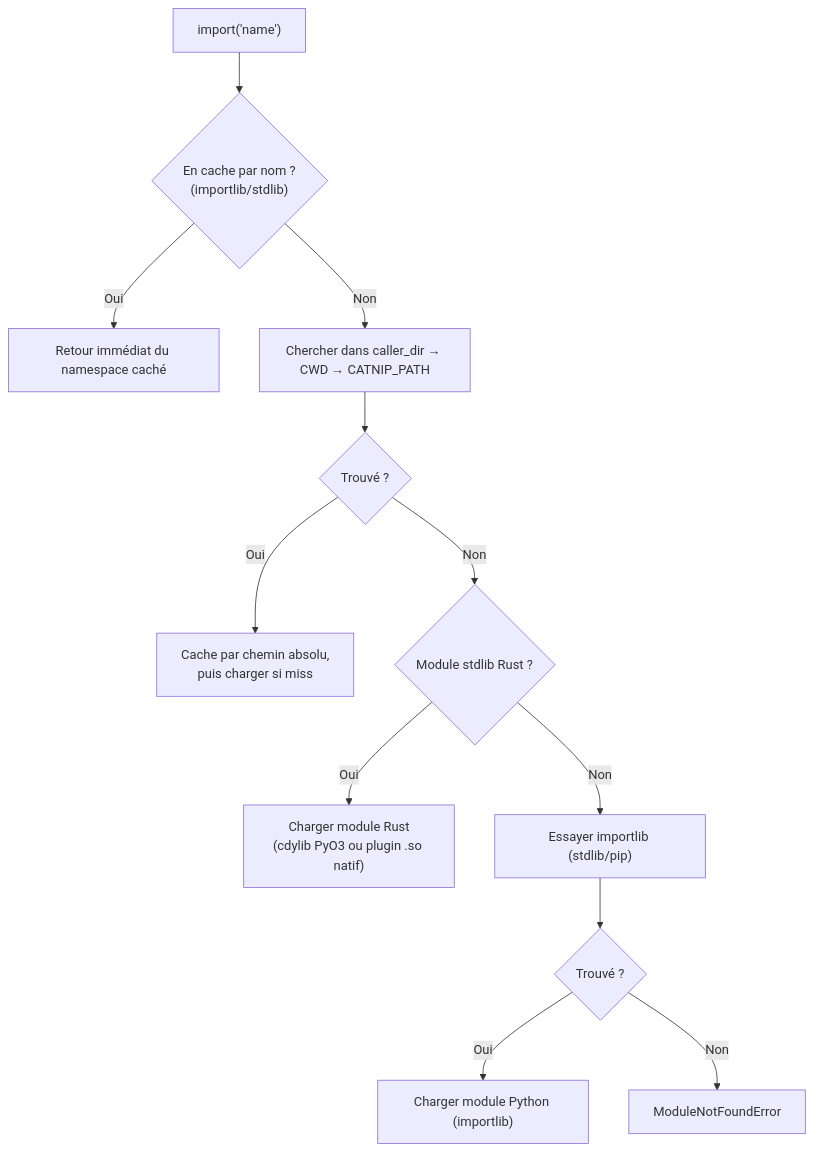
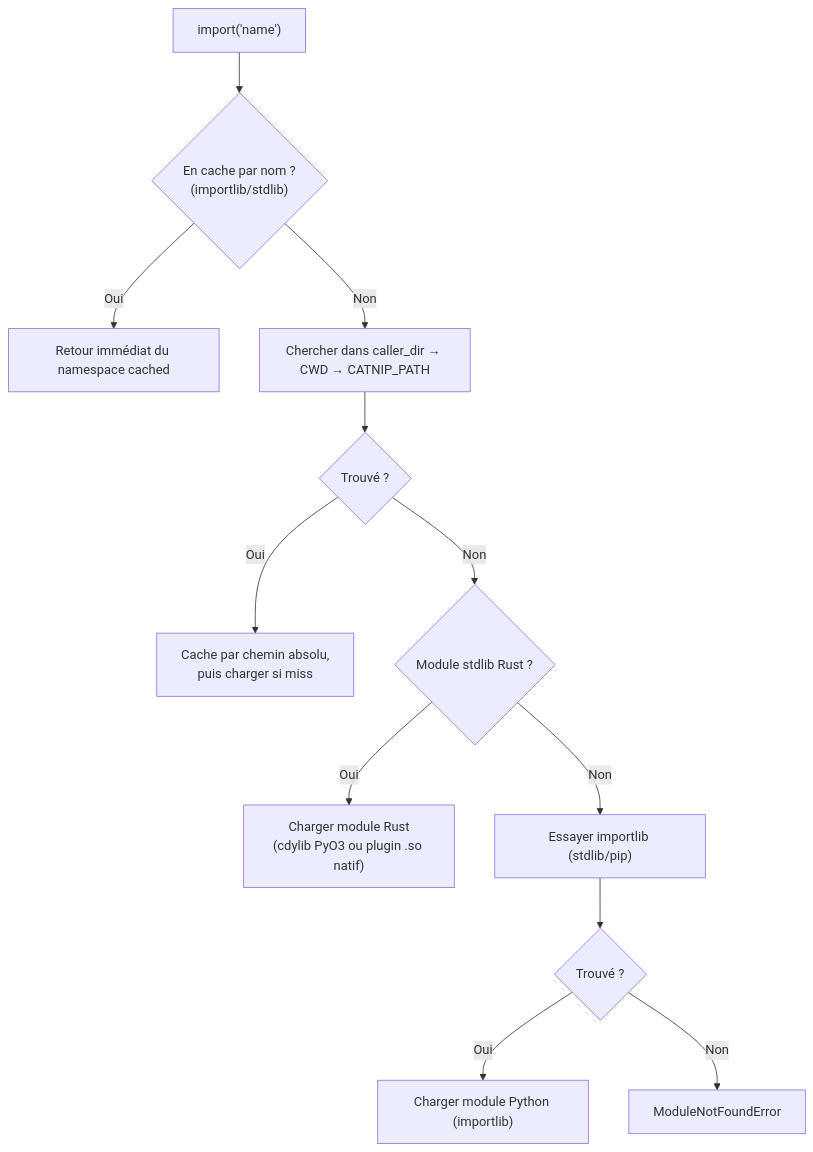
Before and after one commit to aristofor/catnip: the first of 2 diagrams in docs/user/MODULE_LOADING.md, drawn with Mermaid. The commit also changed other lines of this file and 186 other files, not shown here.

````diff
--- a/docs/user/MODULE_LOADING.md
+++ b/docs/user/MODULE_LOADING.md
@@ -81,14 +81,14 @@
 ```mermaid
 flowchart TD
     A["import('name')"] --> B{"En cache par nom ?<br/>(importlib/stdlib)"}
-    B -->|Oui| C["Retour immédiat du namespace caché"]
+    B -->|Oui| C["Retour immédiat du namespace cached"]
     B -->|Non| D["Chercher dans caller_dir → CWD → CATNIP_PATH"]
     D --> E{"Trouvé ?"}
     E -->|Oui| F["Cache par chemin absolu,<br/>puis charger si miss"]
     E -->|Non| B2{"Module stdlib Rust ?"}
     B2 -->|Oui| B3["Charger module Rust<br/>(cdylib PyO3 ou plugin .so natif)"]
     B2 -->|Non| IL["Essayer importlib (stdlib/pip)"]
     IL --> IL2{"Trouvé ?"}
     IL2 -->|Oui| IL3["Charger module Python (importlib)"]
     IL2 -->|Non| ERR["ModuleNotFoundError"]
 ```
````
